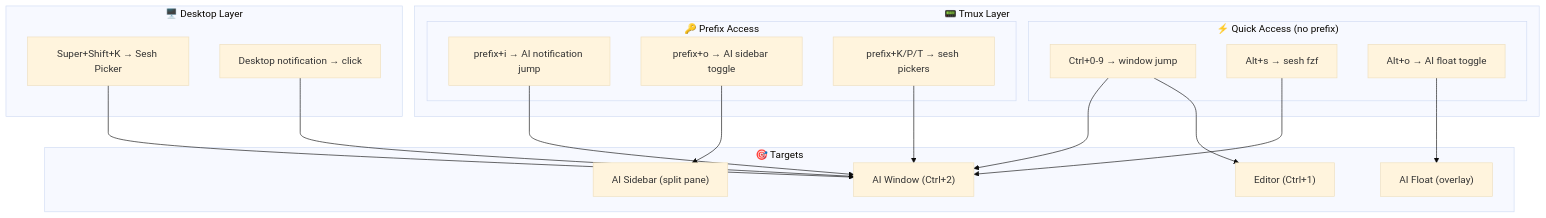
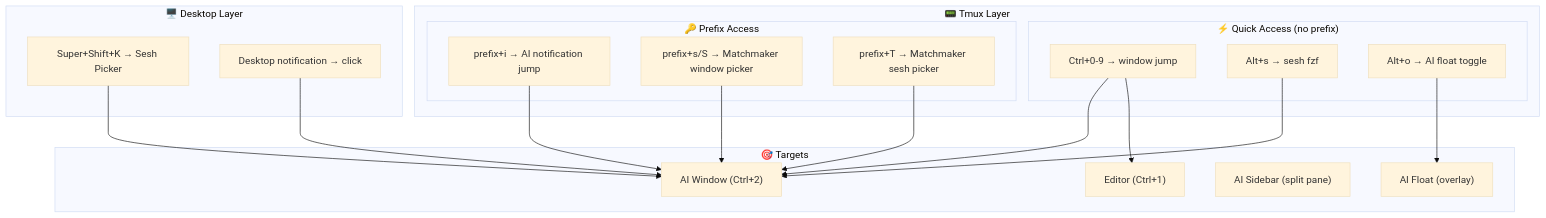
The second of 3 diagrams in tui-ai-workflows.md (fcmiranda/.dotfiles), drawn with Mermaid (base theme) before and after one commit. The commit also changed other lines of this file and 1 other file, not shown here.

Commit message:
docs: update eval documentation for acpd architecture and increment session revision in lines.json

````diff
--- a/tui-ai-workflows.md
+++ b/tui-ai-workflows.md
@@ -479,37 +481,37 @@
 ```mermaid
 flowchart TB
     subgraph Desktop["🖥️ Desktop Layer"]
         D1["Super+Shift+K → Sesh Picker"]
         D2["Desktop notification → click"]
     end
 
     subgraph Tmux["📟 Tmux Layer"]
         subgraph Quick["⚡ Quick Access (no prefix)"]
             Q1["Ctrl+0-9 → window jump"]
             Q2["Alt+s → sesh fzf"]
             Q3["Alt+o → AI float toggle"]
         end
         subgraph Prefix["🔑 Prefix Access"]
             P1["prefix+i → AI notification jump"]
-            P2["prefix+o → AI sidebar toggle"]
-            P3["prefix+K/P/T → sesh pickers"]
+            P2["prefix+s/S → Matchmaker window picker"]
+            P3["prefix+T → Matchmaker sesh picker"]
         end
     end
 
     subgraph Targets["🎯 Targets"]
         T1["AI Window (Ctrl+2)"]
         T2["AI Float (overlay)"]
         T3["AI Sidebar (split pane)"]
         T4["Editor (Ctrl+1)"]
     end
 
     D1 --> T1
     D2 --> T1
     Q1 --> T1
     Q1 --> T4
     Q2 --> T1
     Q3 --> T2
     P1 --> T1
-    P2 --> T3
+    P2 --> T1
     P3 --> T1
 ```
````
